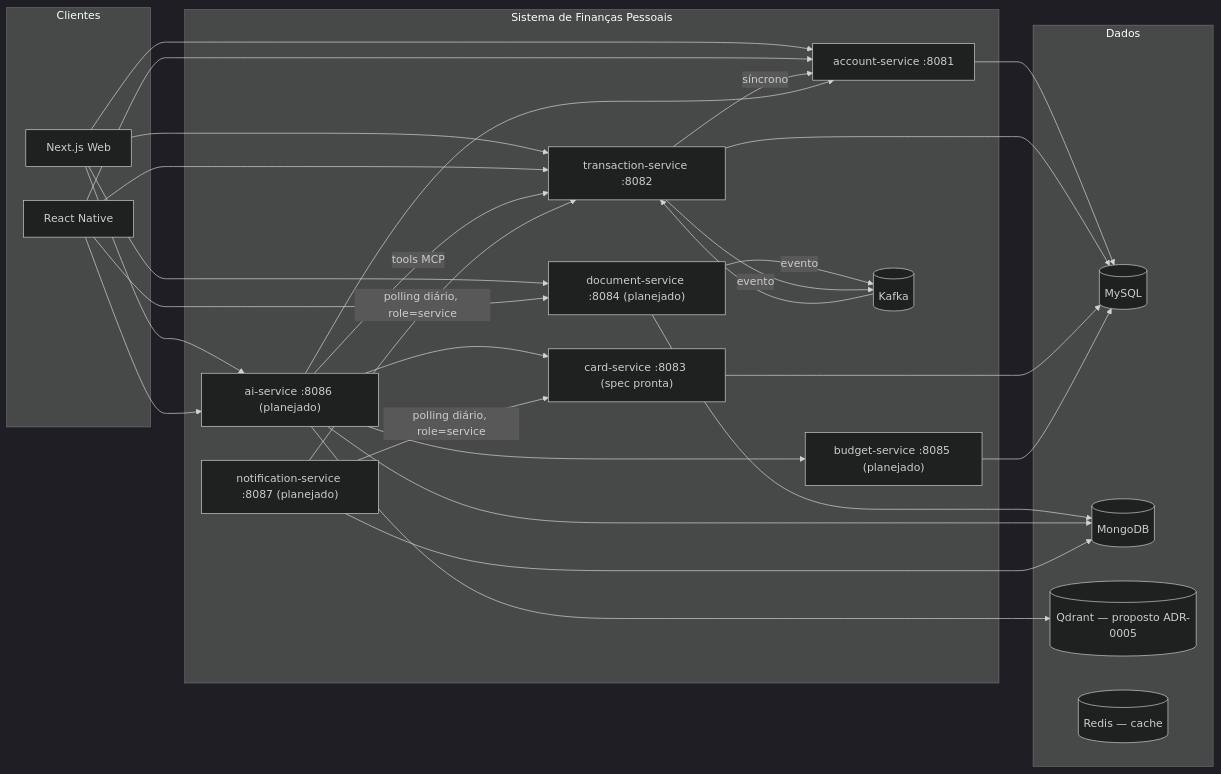
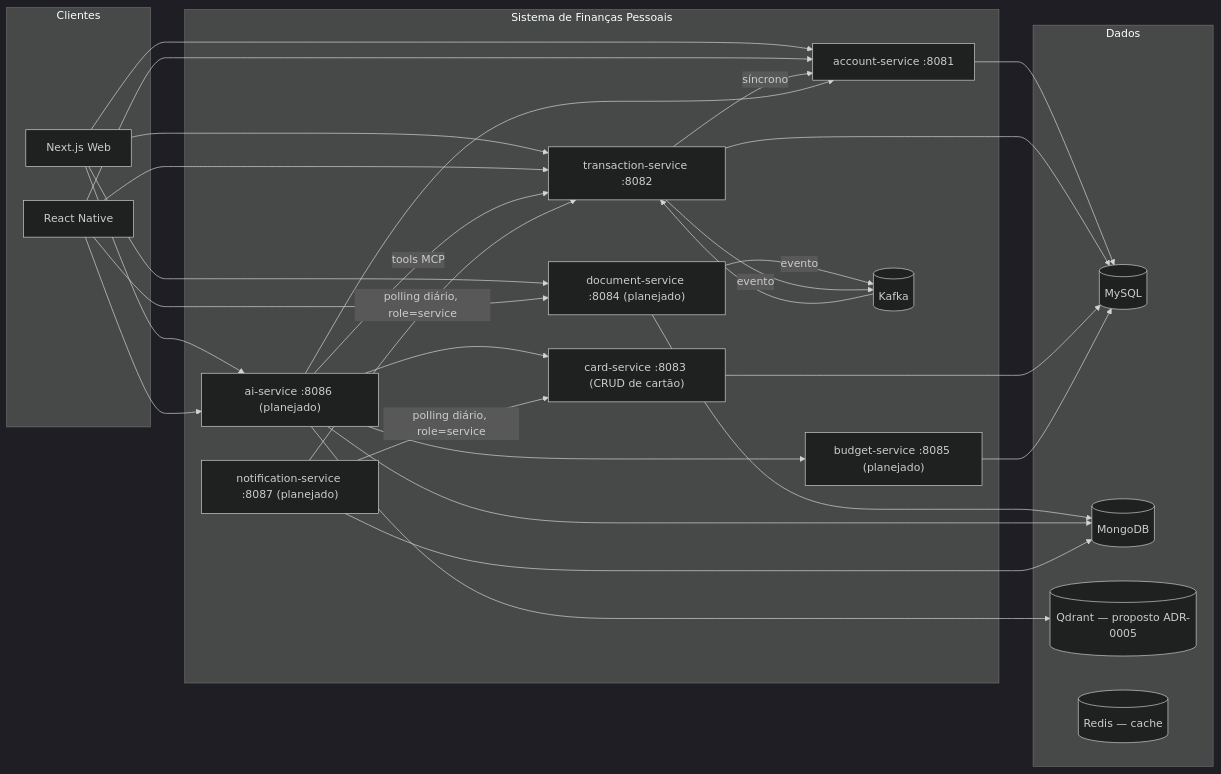
The second of 10 diagrams in docs/architecture/diagrams.md (wep1980/wepdev-financas), drawn with Mermaid (dark theme) before and after one commit. The commit also changed other lines of this file and 61 other files, not shown here.

First line of the commit message:
feat(card-service): scaffold + CRUD de cartão (fatia 2)

````diff
--- a/docs/architecture/diagrams.md
+++ b/docs/architecture/diagrams.md
@@ -36,54 +36,54 @@
 ```mermaid
 graph LR
     subgraph Clientes
         Web[Next.js Web]
         Mobile[React Native]
     end
 
     subgraph "Sistema de Finanças Pessoais"
         AccountSvc["account-service :8081"]
         TxSvc["transaction-service :8082"]
-        CardSvc["card-service :8083 (spec pronta)"]
+        CardSvc["card-service :8083 (CRUD de cartão)"]
         DocSvc["document-service :8084 (planejado)"]
         BudgetSvc["budget-service :8085 (planejado)"]
         AiSvc["ai-service :8086 (planejado)"]
         NotifSvc["notification-service :8087 (planejado)"]
         Kafka[("Kafka")]
     end
 
     subgraph Dados
         MySQL[("MySQL")]
         Mongo[("MongoDB")]
         Qdrant[("Qdrant — proposto ADR-0005")]
         Redis[("Redis — cache")]
     end
 
     Web --> AccountSvc
     Web --> TxSvc
     Web --> AiSvc
     Web --> DocSvc
     Mobile --> AccountSvc
     Mobile --> TxSvc
     Mobile --> AiSvc
     Mobile --> DocSvc
 
     TxSvc -->|síncrono| AccountSvc
     DocSvc -->|evento| Kafka
     Kafka --> TxSvc
     TxSvc -->|evento| Kafka
     AiSvc -->|tools MCP| TxSvc
     AiSvc --> BudgetSvc
     AiSvc --> AccountSvc
     AiSvc --> CardSvc
     NotifSvc -->|polling diário, role=service| TxSvc
     NotifSvc -->|polling diário, role=service| CardSvc
 
     AccountSvc --> MySQL
     TxSvc --> MySQL
     CardSvc --> MySQL
     BudgetSvc --> MySQL
     DocSvc --> Mongo
     AiSvc --> Qdrant
     AiSvc --> Mongo
     NotifSvc --> Mongo
 ```
````
